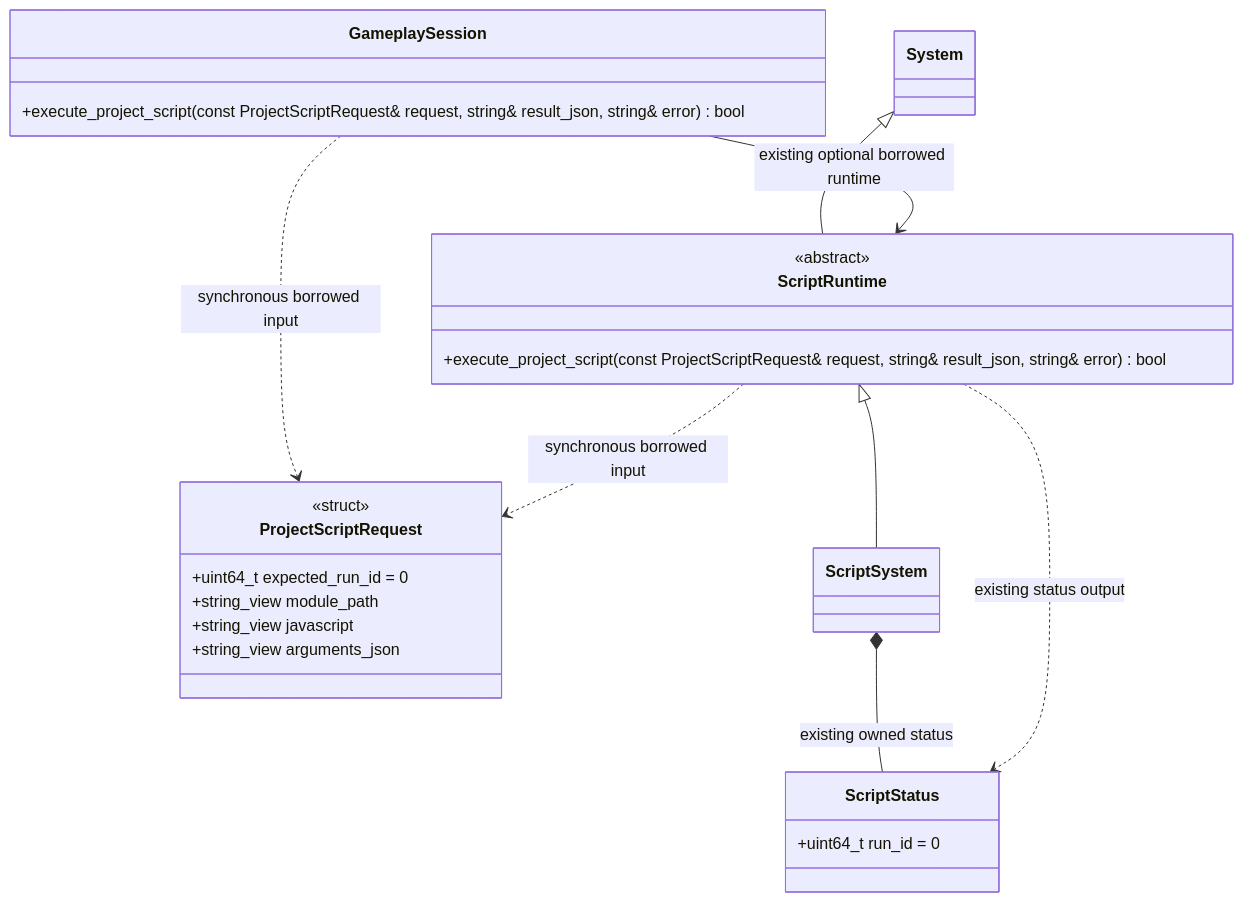
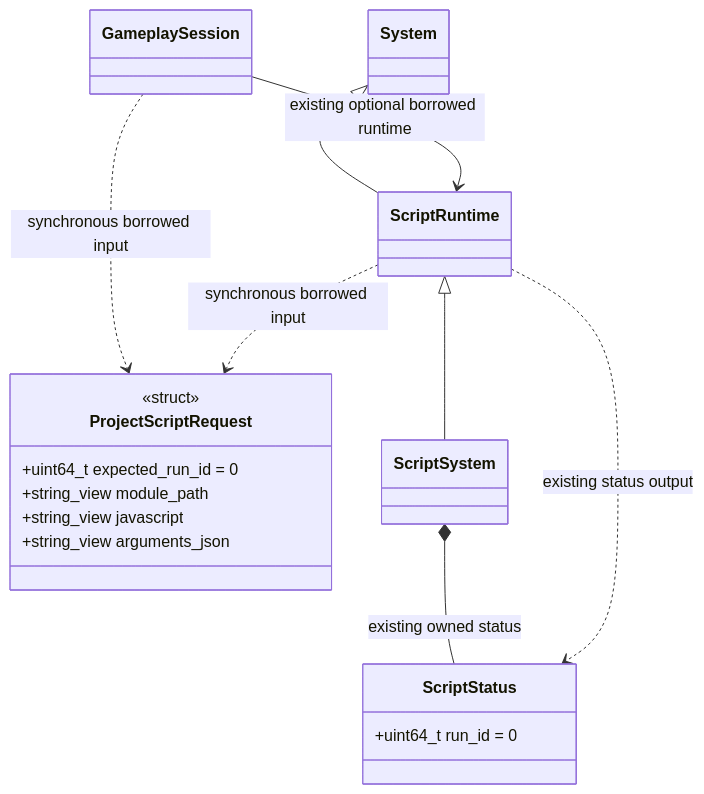
One commit to lcals/Engine changed the first of 3 diagrams in docs/plugins/runtime/class-diagrams/project-script-execution.md. Above: the diagram before and after it, drawn with Mermaid. The commit also changed other lines of this file and 222 other files, not shown here.

Commit message:
Consolidate editor asset imports and align architecture documentation

````diff
--- a/docs/plugins/runtime/class-diagrams/project-script-execution.md
+++ b/docs/plugins/runtime/class-diagrams/project-script-execution.md
@@ -48,29 +48,24 @@
 ```mermaid
 classDiagram
 class ScriptStatus {
     +uint64_t run_id = 0
 }
 class ProjectScriptRequest {
     <<struct>>
     +uint64_t expected_run_id = 0
     +string_view module_path
     +string_view javascript
     +string_view arguments_json
 }
-class ScriptRuntime {
-    <<abstract>>
-    +execute_project_script(const ProjectScriptRequest& request, string& result_json, string& error) bool
-}
-class GameplaySession {
-    +execute_project_script(const ProjectScriptRequest& request, string& result_json, string& error) bool
-}
+class ScriptRuntime
+class GameplaySession
 class ScriptSystem
 class System
 System <|-- ScriptRuntime
 ScriptRuntime <|-- ScriptSystem
 GameplaySession --> ScriptRuntime : existing optional borrowed runtime
 ScriptSystem *-- ScriptStatus : existing owned status
 GameplaySession ..> ProjectScriptRequest : synchronous borrowed input
 ScriptRuntime ..> ProjectScriptRequest : synchronous borrowed input
 ScriptRuntime ..> ScriptStatus : existing status output
 ```
````
